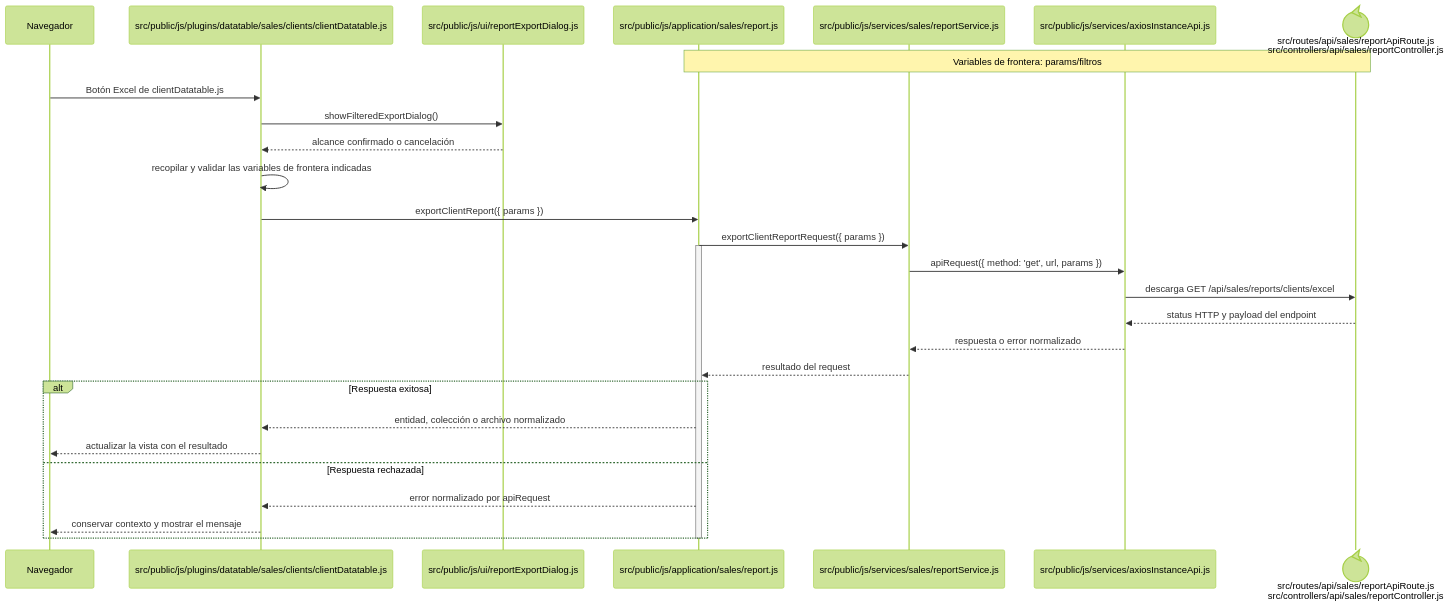
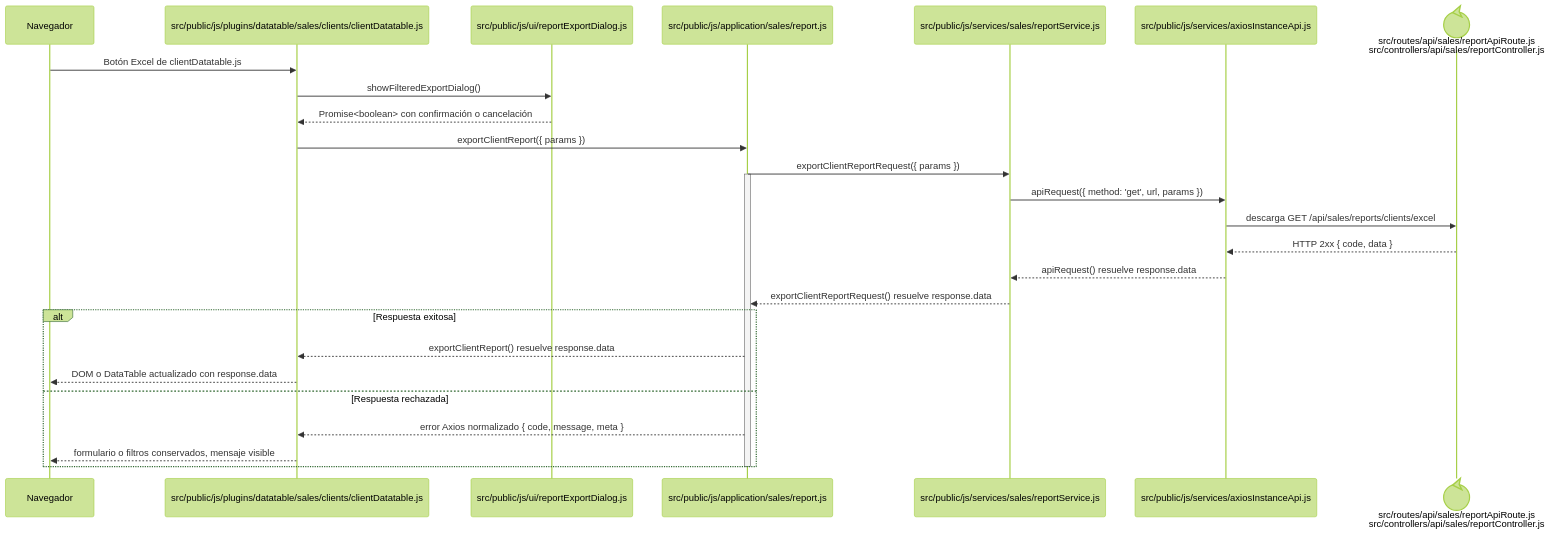
The diagram in docs/architecture/frontend-code-sequences/catalogs/cu-cat-08.md (gpgsistemas01/nexus), drawn with Mermaid (forest theme) before and after one commit. The commit also changed 148 other files, not shown here.

````diff
--- a/docs/architecture/frontend-code-sequences/catalogs/cu-cat-08.md
+++ b/docs/architecture/frontend-code-sequences/catalogs/cu-cat-08.md
@@ -6,32 +6,30 @@
 ```mermaid
 sequenceDiagram
     participant Browser as Navegador
     participant View as src/public/js/plugins/datatable/sales/clients/clientDatatable.js
     participant Dialog as src/public/js/ui/reportExportDialog.js
     participant Application as src/public/js/application/sales/report.js
     participant Request as src/public/js/services/sales/reportService.js
     participant HTTP as src/public/js/services/axiosInstanceApi.js
     participant Transport@{ "type": "control" } as src/routes/api/sales/reportApiRoute.js<br/>src/controllers/api/sales/reportController.js
-    Note over Application,Transport: Variables de frontera: params/filtros
 
     Browser->>View: Botón Excel de clientDatatable.js
     View->>Dialog: showFilteredExportDialog()
-    Dialog-->>View: alcance confirmado o cancelación
-    View->>View: recopilar y validar las variables de frontera indicadas
+    Dialog-->>View: Promise<boolean> con confirmación o cancelación
     View->>Application: exportClientReport({ params })
     Application->>Request: exportClientReportRequest({ params })
     activate Application
     Request->>HTTP: apiRequest({ method: 'get', url, params })
     HTTP->>Transport: descarga GET /api/sales/reports/clients/excel
-    Transport-->>HTTP: status HTTP y payload del endpoint
-    HTTP-->>Request: respuesta o error normalizado
-    Request-->>Application: resultado del request
+    Transport-->>HTTP: HTTP 2xx { code, data }
+    HTTP-->>Request: apiRequest() resuelve response.data
+    Request-->>Application: exportClientReportRequest() resuelve response.data
     alt Respuesta exitosa
-        Application-->>View: entidad, colección o archivo normalizado
-        View-->>Browser: actualizar la vista con el resultado
+        Application-->>View: exportClientReport() resuelve response.data
+        View-->>Browser: DOM o DataTable actualizado con response.data
     else Respuesta rechazada
-        Application-->>View: error normalizado por apiRequest
-        View-->>Browser: conservar contexto y mostrar el mensaje
+        Application-->>View: error Axios normalizado { code, message, meta }
+        View-->>Browser: formulario o filtros conservados, mensaje visible
     end
     deactivate Application
 ```
````
